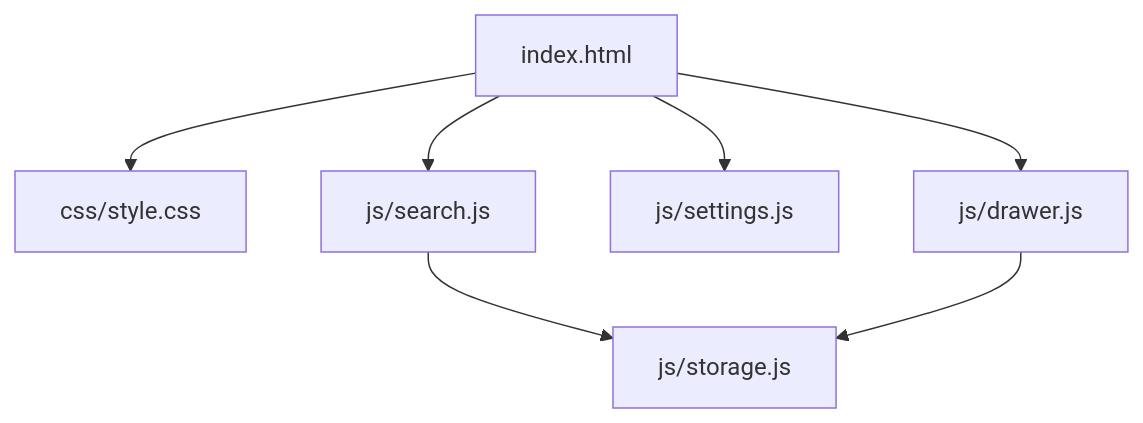
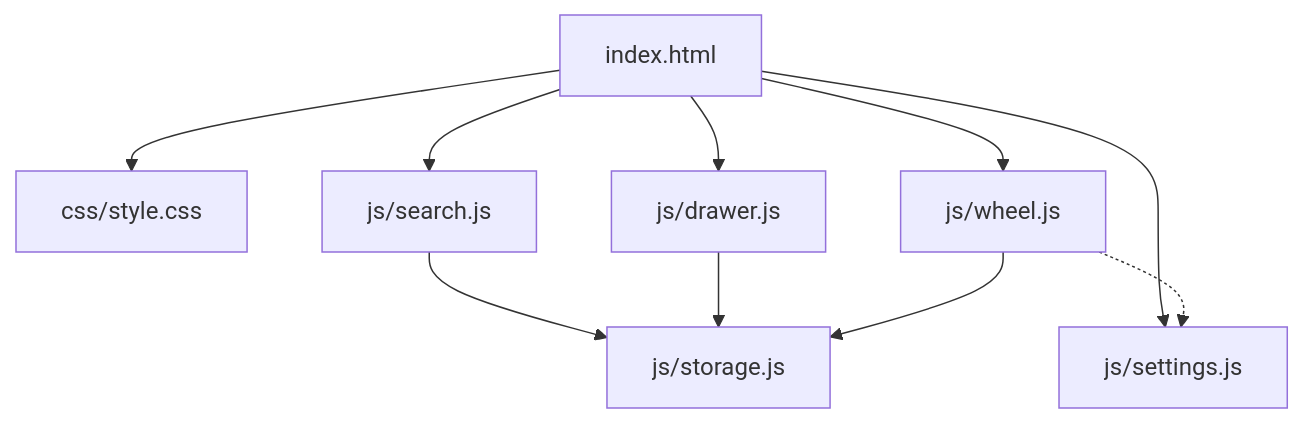
The diagram in CODEMAP.md (lesserafim4ever0502/Tabula), drawn with Mermaid before and after one commit. The commit also changed other lines of this file and 10 other files, not shown here.

````diff
--- a/CODEMAP.md
+++ b/CODEMAP.md
@@ -5,9 +5,12 @@
 ```mermaid
 graph TD
     A[index.html] --> B[css/style.css]
     A --> C[js/search.js]
     A --> D[js/settings.js]
     A --> E[js/drawer.js]
+    A --> G[js/wheel.js]
     C --> F[js/storage.js]
     E --> F
+    G --> F
+    G -.-> D
 ```
````
